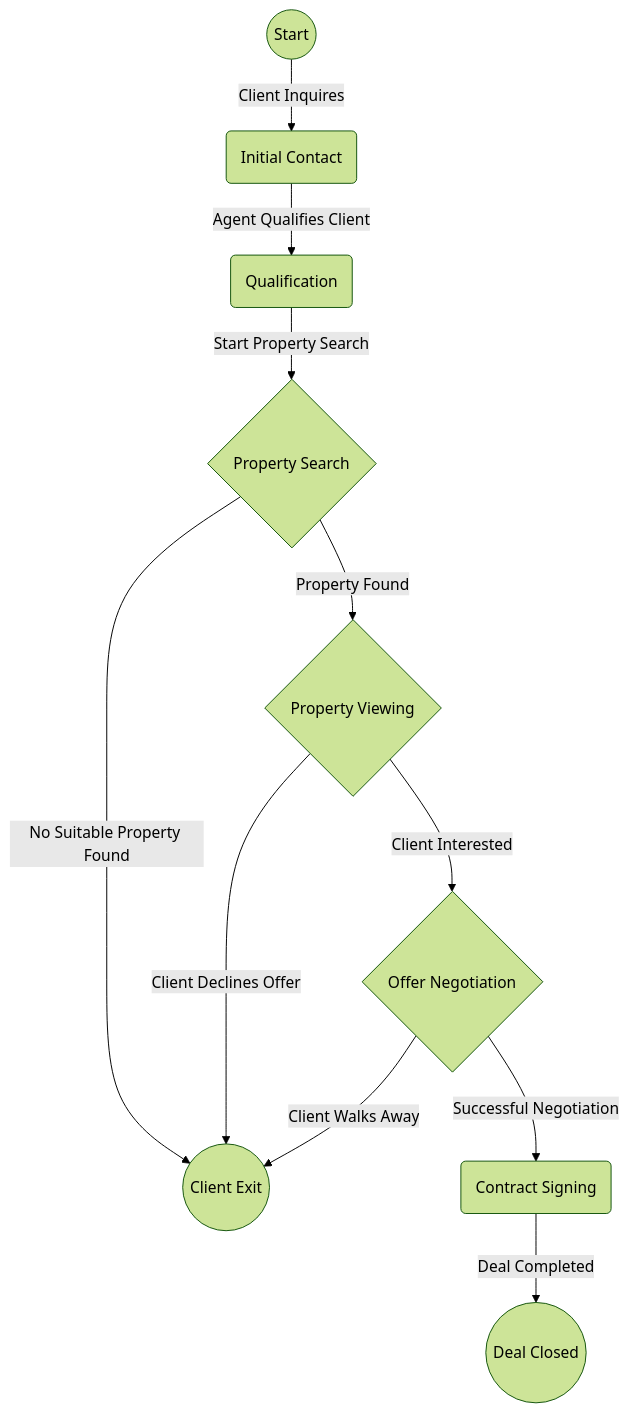
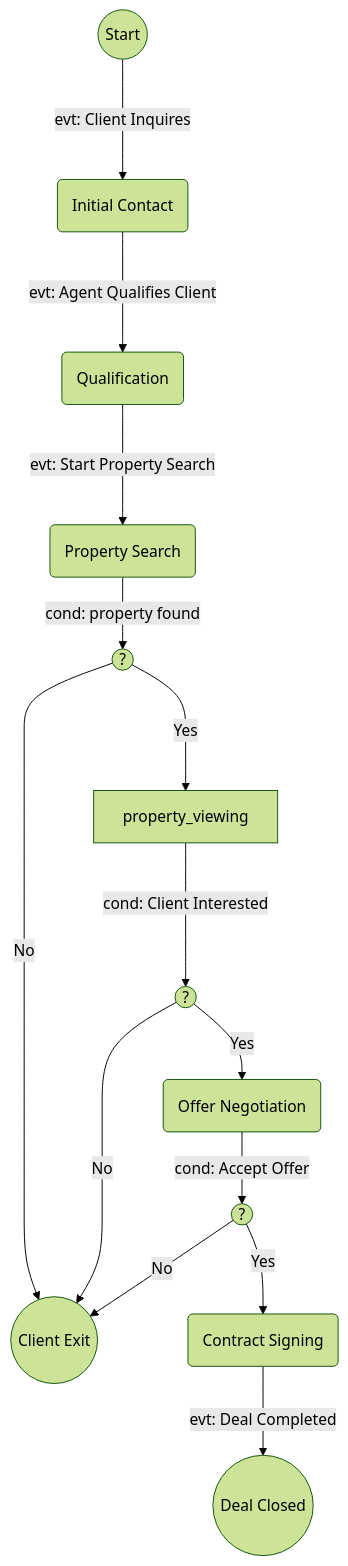
Before and after one commit to tuxonice/state-machine: the diagram in README.md, drawn with Mermaid (forest theme). The commit also changed 2 other files, not shown here.

Commit message:
- wip
[skip ci]

````diff
--- a/README.md
+++ b/README.md
@@ -289,13 +289,28 @@
 ```mermaid
 graph TD
-    start((Start)) -->|Client Inquires| initial_contact(Initial Contact)
-    initial_contact --> |Agent Qualifies Client| qualification(Qualification)
-    qualification --> |Start Property Search| property_search{Property Search}
-    property_search -->|Property Found| property_viewing{Property Viewing}
-    property_search -->|No Suitable Property Found| client_exit((Client Exit))
-    property_viewing --> |Client Interested| offer_negotiation{Offer Negotiation}
-    property_viewing --> |Client Declines Offer| client_exit((Client Exit))
-    offer_negotiation --> |Successful Negotiation| contract_signing(Contract Signing)
-    offer_negotiation --> |Client Walks Away| client_exit((Client Exit))
-    contract_signing --> |Deal Completed| deal_closed((Deal Closed))
+    A((?))
+    B((?))
+    C((?))
+    initial_contact(Initial Contact)
+    start((Start))
+    qualification(Qualification)
+    property_search(Property Search)
+    offer_negotiation(Offer Negotiation)
+    client_exit((Client Exit))
+    contract_signing(Contract Signing)
+    deal_closed((Deal Closed))
+
+    start ---> |evt: Client Inquires| initial_contact
+    initial_contact ---> |evt: Agent Qualifies Client| qualification
+    qualification ---> |evt: Start Property Search| property_search
+    property_search --> |cond: property found|A
+    A ---> |No| client_exit
+    A ---> |Yes| property_viewing
+    property_viewing ---> |cond: Client Interested|B
+    B --> |Yes| offer_negotiation
+    B --> |No| client_exit
+    offer_negotiation --> |cond: Accept Offer|C
+    C --> |Yes| contract_signing
+    C --> |No| client_exit
+    contract_signing --> |evt: Deal Completed| deal_closed
 ```
````
